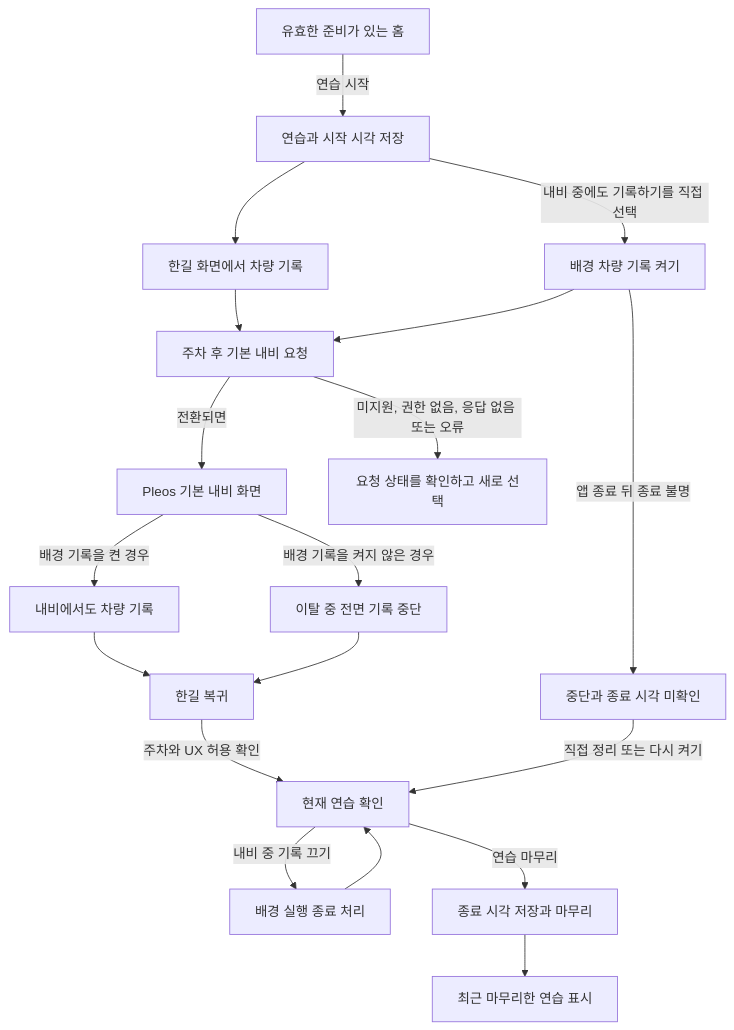
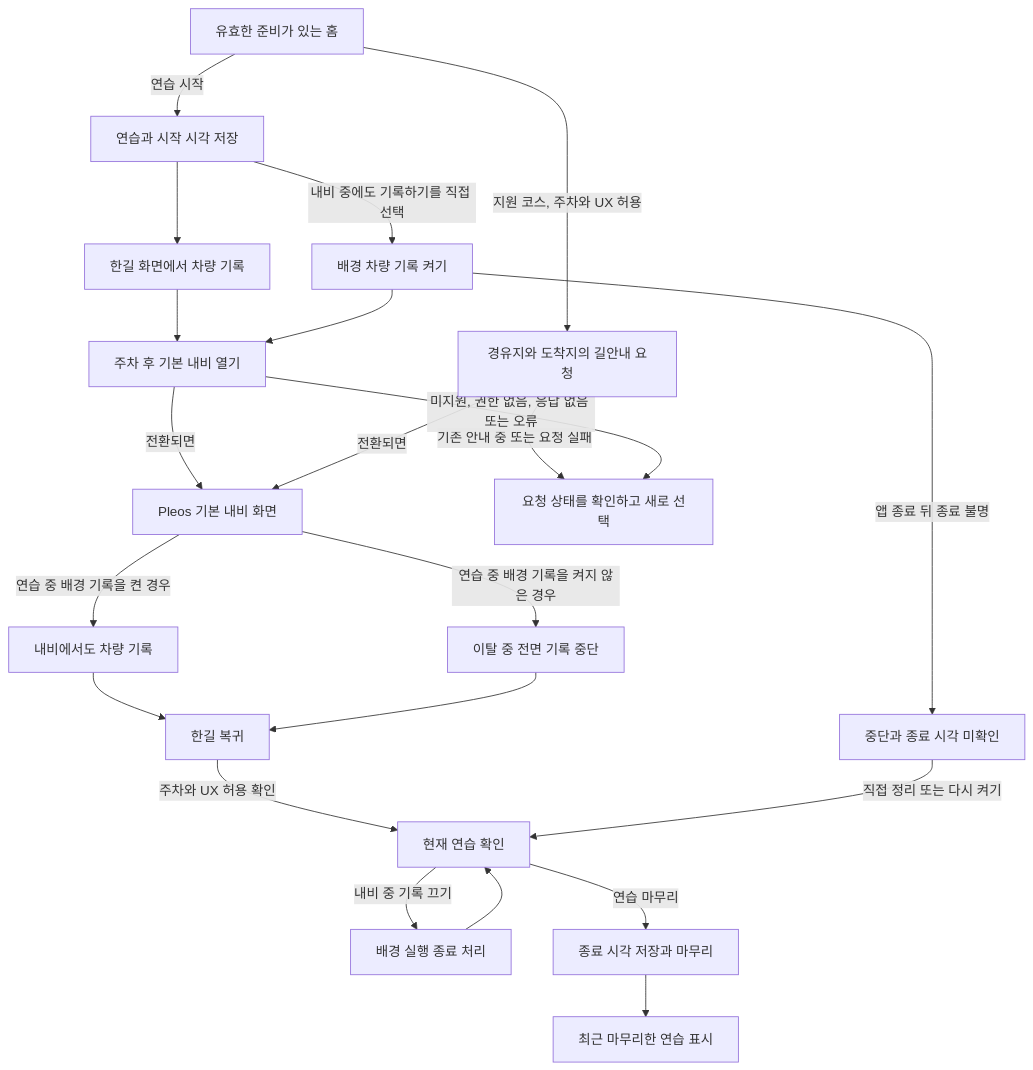
The third of 9 diagrams in docs/development/app-usage-flow.md (HanGilLab/Android), drawn with Mermaid before and after one commit. The commit also changed other lines of this file and 1 other file, not shown here.

Commit message:
docs: 심사용 소개에 검증된 코스 길안내 반영

````diff
--- a/docs/development/app-usage-flow.md
+++ b/docs/development/app-usage-flow.md
@@ -58,21 +58,24 @@
 ```mermaid
 flowchart TD
     readyHome["유효한 준비가 있는 홈"] -->|"연습 시작"| sessionStarted["연습과 시작 시각 저장"]
     sessionStarted --> foregroundRecord["한길 화면에서 차량 기록"]
     sessionStarted -->|"내비 중에도 기록하기를 직접 선택"| backgroundRecord["배경 차량 기록 켜기"]
-    foregroundRecord --> navigationRequest["주차 후 기본 내비 요청"]
+    foregroundRecord --> navigationRequest["주차 후 기본 내비 열기"]
     backgroundRecord --> navigationRequest
     navigationRequest -->|"전환되면"| nativeNavigation["Pleos 기본 내비 화면"]
+    readyHome -->|"지원 코스, 주차와 UX 허용"| courseRoute["경유지와 도착지의 길안내 요청"]
+    courseRoute -->|"전환되면"| nativeNavigation
+    courseRoute -->|"기존 안내 중 또는 요청 실패"| navigationFeedback
     navigationRequest -->|"미지원, 권한 없음, 응답 없음 또는 오류"| navigationFeedback["요청 상태를 확인하고 새로 선택"]
-    nativeNavigation -->|"배경 기록을 켠 경우"| continueRecord["내비에서도 차량 기록"]
-    nativeNavigation -->|"배경 기록을 켜지 않은 경우"| pauseRecord["이탈 중 전면 기록 중단"]
+    nativeNavigation -->|"연습 중 배경 기록을 켠 경우"| continueRecord["내비에서도 차량 기록"]
+    nativeNavigation -->|"연습 중 배경 기록을 켜지 않은 경우"| pauseRecord["이탈 중 전면 기록 중단"]
     continueRecord --> returnHome["한길 복귀"]
     pauseRecord --> returnHome
     returnHome -->|"주차와 UX 허용 확인"| parkedSession["현재 연습 확인"]
     parkedSession -->|"내비 중 기록 끄기"| backgroundOff["배경 실행 종료 처리"]
     parkedSession -->|"연습 마무리"| finishedSession["종료 시각 저장과 마무리"]
     backgroundOff --> parkedSession
     finishedSession --> recentSession["최근 마무리한 연습 표시"]
     backgroundRecord -->|"앱 종료 뒤 종료 불명"| interrupted["중단과 종료 시각 미확인"]
     interrupted -->|"직접 정리 또는 다시 켜기"| parkedSession
 ```
````
